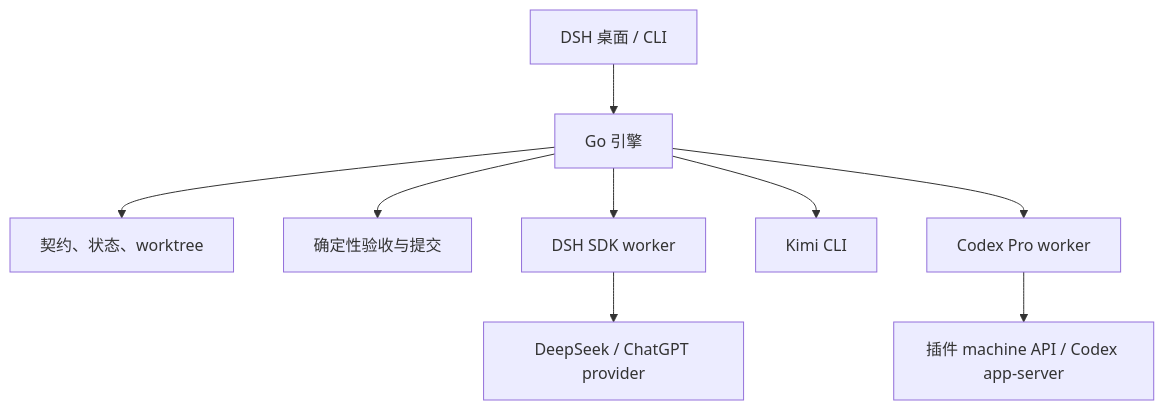
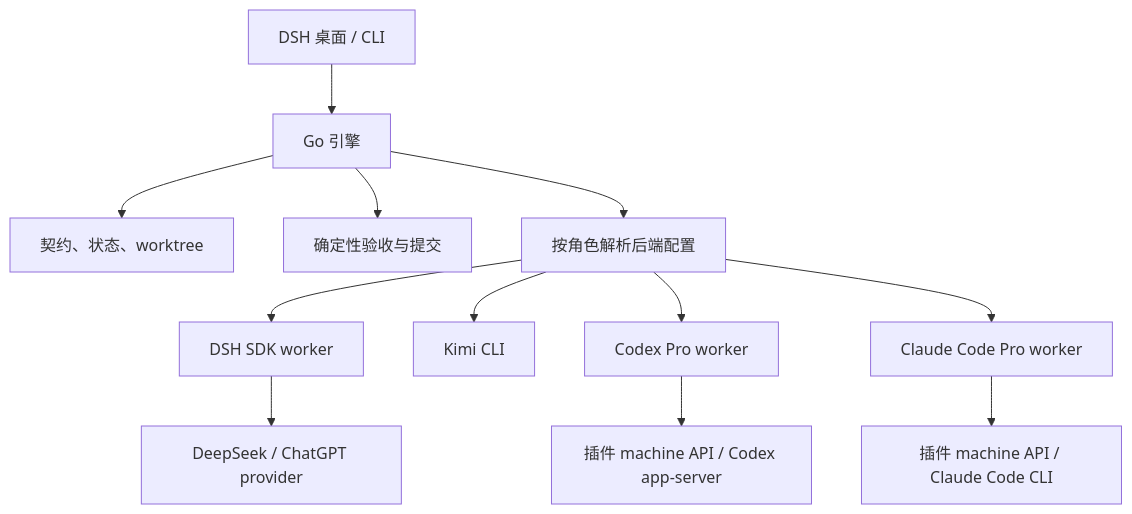
One commit to ckanner/flywheel changed the diagram in docs/design.md. Above: the diagram before and after it, drawn with Mermaid. The commit also changed other lines of this file and 73 other files, not shown here.

Commit message:
feat: add optional Claude Code Pro harness and supervised sessions

````diff
--- a/docs/design.md
+++ b/docs/design.md
@@ -32,11 +37,14 @@
 ```mermaid
 flowchart TD
   U["DSH 桌面 / CLI"] --> G["Go 引擎"]
   G --> C["契约、状态、worktree"]
   G --> V["确定性验收与提交"]
-  G --> D["DSH SDK worker"]
-  G --> K["Kimi CLI"]
-  G --> X["Codex Pro worker"]
+  G --> R["按角色解析后端配置"]
+  R --> D["DSH SDK worker"]
+  R --> K["Kimi CLI"]
+  R --> X["Codex Pro worker"]
+  R --> H["Claude Code Pro worker"]
   X --> A["插件 machine API / Codex app-server"]
+  H --> Q["插件 machine API / Claude Code CLI"]
   D --> P["DeepSeek / ChatGPT provider"]
 ```
````
